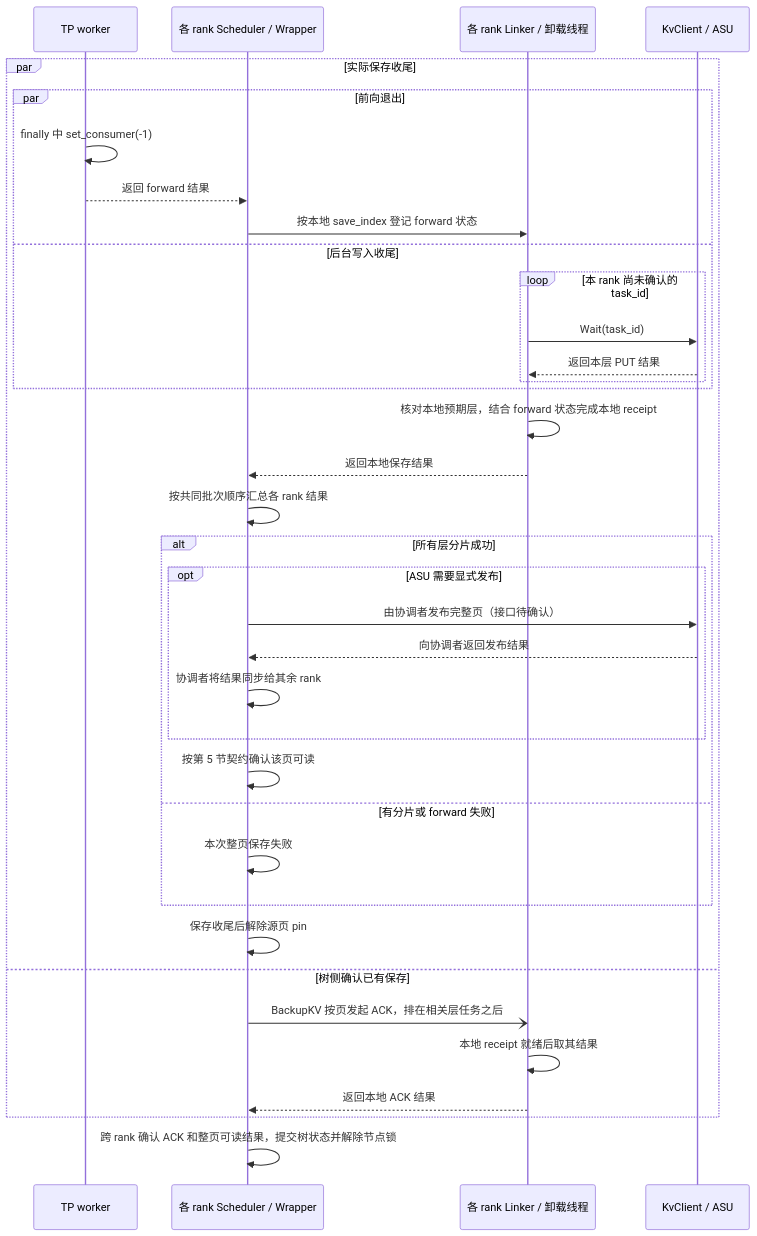
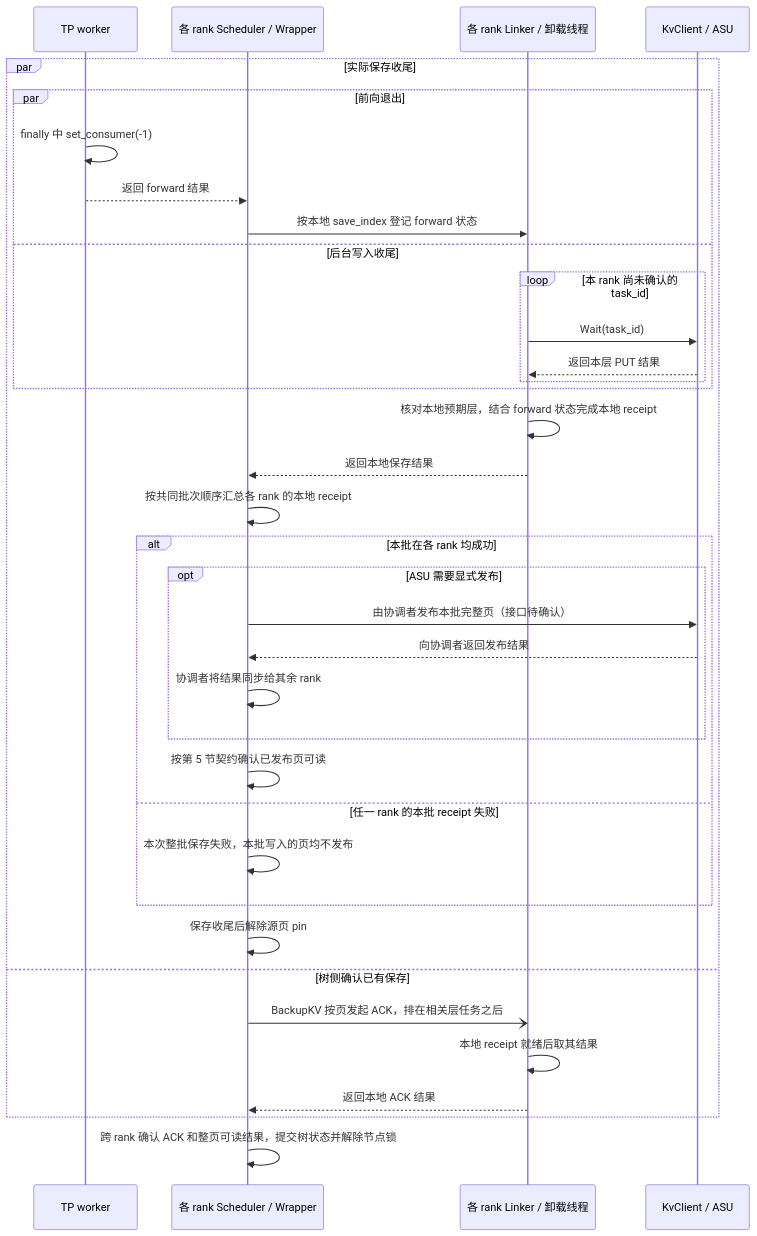
Before and after one commit to yuanzhg078/sglang: the fourth of 8 diagrams in kv_client_dsa_cache_layer_split_design.md, drawn with Mermaid. The commit also changed other lines of this file and 1 other file, not shown here.

````diff
--- a/kv_client_dsa_cache_layer_split_design.md
+++ b/kv_client_dsa_cache_layer_split_design.md
@@ -233,39 +285,39 @@
 ```mermaid
 sequenceDiagram
     participant P as TP worker
     participant W as 各 rank Scheduler / Wrapper
     participant T as 各 rank Linker / 卸载线程
     participant S as KvClient / ASU
 
     par 实际保存收尾
         par 前向退出
             P->>P: finally 中 set_consumer(-1)
             P-->>W: 返回 forward 结果
             W->>T: 按本地 save_index 登记 forward 状态
         and 后台写入收尾
             loop 本 rank 尚未确认的 task_id
                 T->>S: Wait(task_id)
                 S-->>T: 返回本层 PUT 结果
             end
         end
         T->>T: 核对本地预期层，结合 forward 状态完成本地 receipt
         T-->>W: 返回本地保存结果
-        W->>W: 按共同批次顺序汇总各 rank 结果
-        alt 所有层分片成功
+        W->>W: 按共同批次顺序汇总各 rank 的本地 receipt
+        alt 本批在各 rank 均成功
             opt ASU 需要显式发布
-                W->>S: 由协调者发布完整页（接口待确认）
+                W->>S: 由协调者发布本批完整页（接口待确认）
                 S-->>W: 向协调者返回发布结果
                 W->>W: 协调者将结果同步给其余 rank
             end
-            W->>W: 按第 5 节契约确认该页可读
-        else 有分片或 forward 失败
-            W->>W: 本次整页保存失败
+            W->>W: 按第 5 节契约确认已发布页可读
+        else 任一 rank 的本批 receipt 失败
+            W->>W: 本次整批保存失败，本批写入的页均不发布
         end
         W->>W: 保存收尾后解除源页 pin
     and 树侧确认已有保存
         W-)T: BackupKV 按页发起 ACK，排在相关层任务之后
         T->>T: 本地 receipt 就绪后取其结果
         T-->>W: 返回本地 ACK 结果
     end
     W->>W: 跨 rank 确认 ACK 和整页可读结果，提交树状态并解除节点锁
 ```
````
